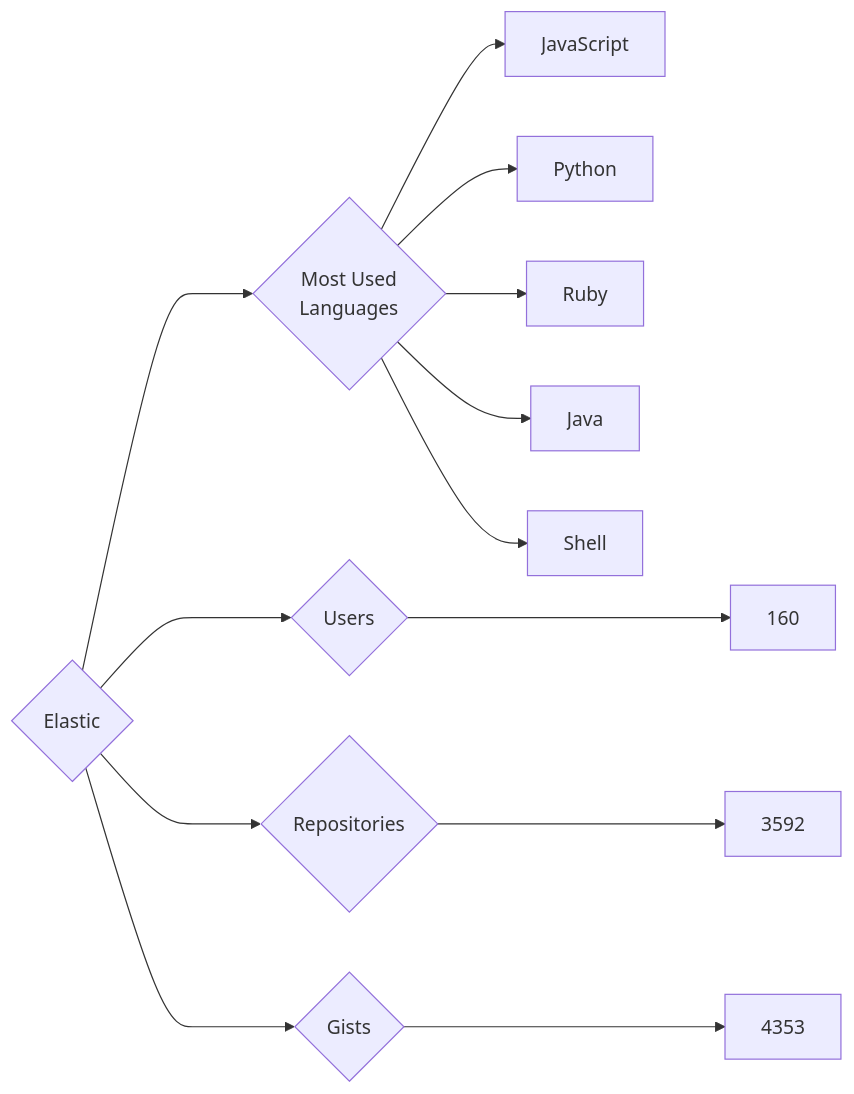
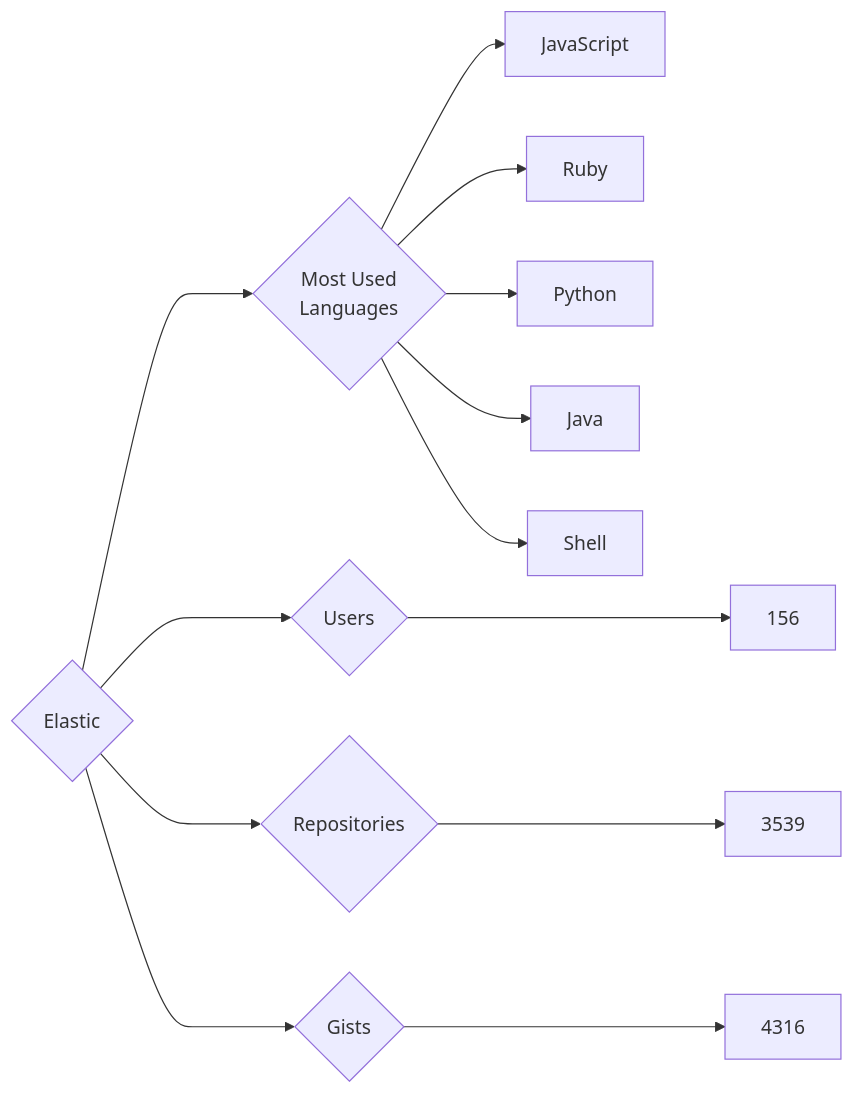
The diagram in targets/Elastic/README.md (trickest/insiders), drawn with Mermaid before and after one commit. The commit also changed 916 other files, not shown here.

````diff
--- a/targets/Elastic/README.md
+++ b/targets/Elastic/README.md
@@ -3,13 +3,13 @@
 ```mermaid
 graph LR
 COMPANY_NAME{Elastic}
-COMPANY_NAME ---> U{Users} ---> UN[160]
-COMPANY_NAME ---> R{Repositories} ---> RN[3592]
-COMPANY_NAME ---> G{Gists} ---> GN[4353]
+COMPANY_NAME ---> U{Users} ---> UN[156]
+COMPANY_NAME ---> R{Repositories} ---> RN[3539]
+COMPANY_NAME ---> G{Gists} ---> GN[4316]
 COMPANY_NAME ---> ML{Most Used<br>Languages}
 ML --> JavaScript[JavaScript]
+ML --> Ruby[Ruby]
 ML --> Python[Python]
-ML --> Ruby[Ruby]
 ML --> Java[Java]
 ML --> Shell[Shell]
 ```
````
